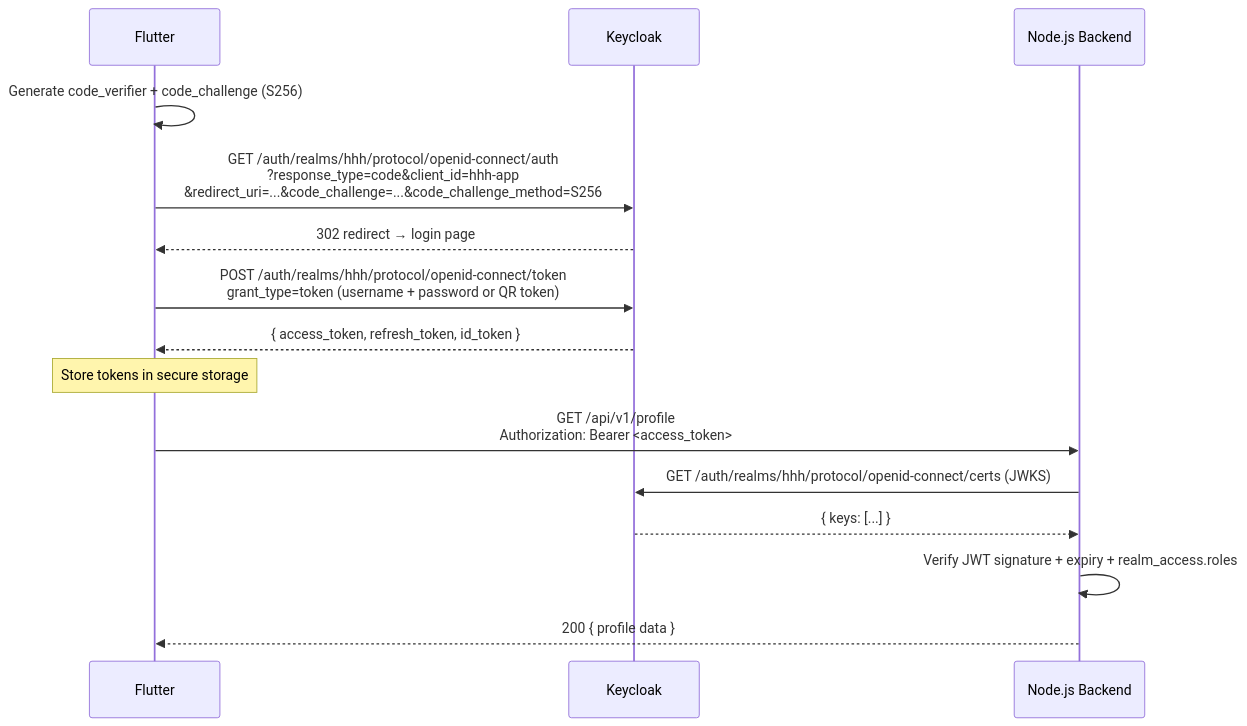
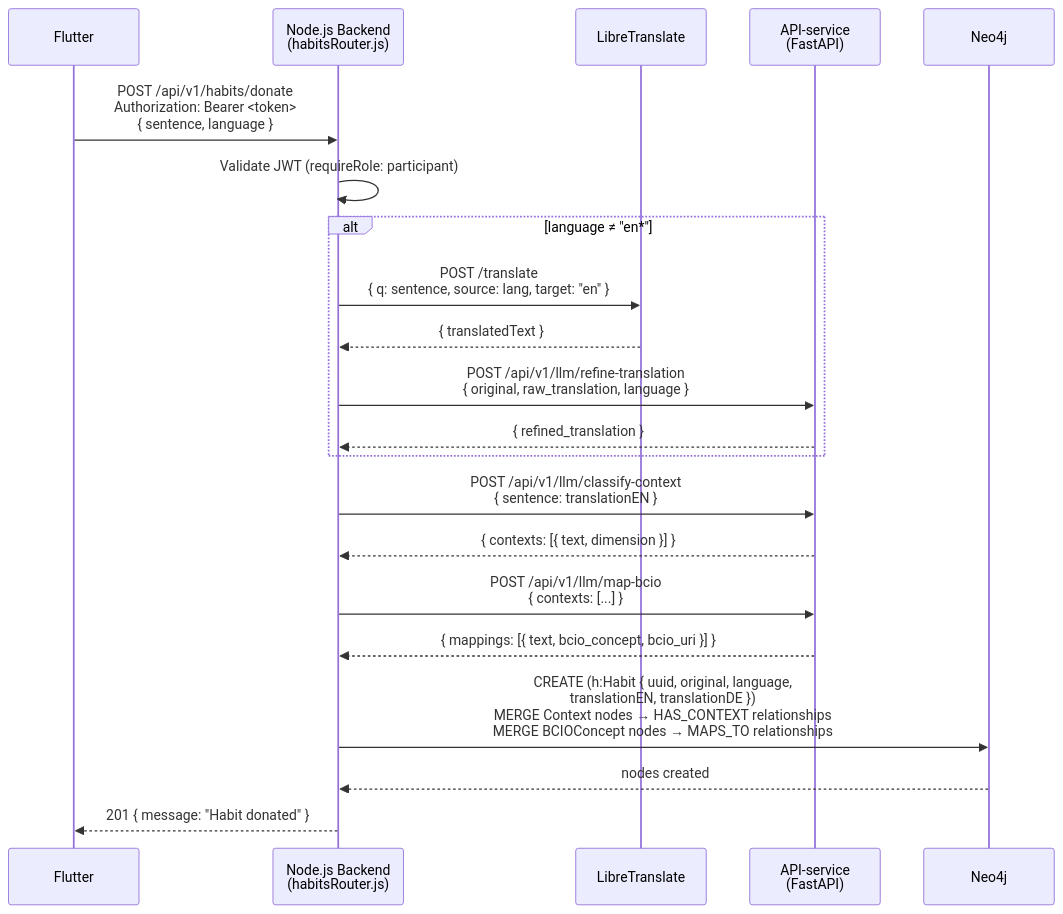
Before and after one commit to Bulgy404/health-habit-hub: the second of 4 diagrams in docs/architecture.md, drawn with Mermaid. The commit also changed other lines of this file and 4 other files, not shown here.

First line of the commit message:
feat: [US-143] - Ralph — update architecture documentation

````diff
--- a/docs/architecture.md
+++ b/docs/architecture.md
@@ -86,20 +94,29 @@
 ```mermaid
 sequenceDiagram
     participant Flutter
-    participant Keycloak
-    participant Backend as Node.js Backend
+    participant Backend as Node.js Backend<br/>(habitsRouter.js)
+    participant LibreTranslate
+    participant APIService as API-service<br/>(FastAPI)
+    participant Neo4j
 
-    Flutter->>Flutter: Generate code_verifier + code_challenge (S256)
-    Flutter->>Keycloak: GET /auth/realms/hhh/protocol/openid-connect/auth<br/>?response_type=code&client_id=hhh-app<br/>&redirect_uri=...&code_challenge=...&code_challenge_method=S256
-    Keycloak-->>Flutter: 302 redirect → login page
-    Flutter->>Keycloak: POST /auth/realms/hhh/protocol/openid-connect/token<br/>grant_type=token (username + password or QR token)
-    Keycloak-->>Flutter: { access_token, refresh_token, id_token }
+    Flutter->>Backend: POST /api/v1/habits/donate<br/>Authorization: Bearer <token><br/>{ sentence, language }
+    Backend->>Backend: Validate JWT (requireRole: participant)
 
-    Note over Flutter: Store tokens in secure storage
+    alt language ≠ "en*"
+        Backend->>LibreTranslate: POST /translate<br/>{ q: sentence, source: lang, target: "en" }
+        LibreTranslate-->>Backend: { translatedText }
+        Backend->>APIService: POST /api/v1/llm/refine-translation<br/>{ original, raw_translation, language }
+        APIService-->>Backend: { refined_translation }
+    end
 
-    Flutter->>Backend: GET /api/v1/profile<br/>Authorization: Bearer <access_token>
-    Backend->>Keycloak: GET /auth/realms/hhh/protocol/openid-connect/certs (JWKS)
-    Keycloak-->>Backend: { keys: [...] }
-    Backend->>Backend: Verify JWT signature + expiry + realm_access.roles
-    Backend-->>Flutter: 200 { profile data }
+    Backend->>APIService: POST /api/v1/llm/classify-context<br/>{ sentence: translationEN }
+    APIService-->>Backend: { contexts: [{ text, dimension }] }
+
+    Backend->>APIService: POST /api/v1/llm/map-bcio<br/>{ contexts: [...] }
+    APIService-->>Backend: { mappings: [{ text, bcio_concept, bcio_uri }] }
+
+    Backend->>Neo4j: CREATE (h:Habit { uuid, original, language,<br/>translationEN, translationDE })<br/>MERGE Context nodes → HAS_CONTEXT relationships<br/>MERGE BCIOConcept nodes → MAPS_TO relationships
+    Neo4j-->>Backend: nodes created
+
+    Backend-->>Flutter: 201 { message: "Habit donated" }
 ```
````
